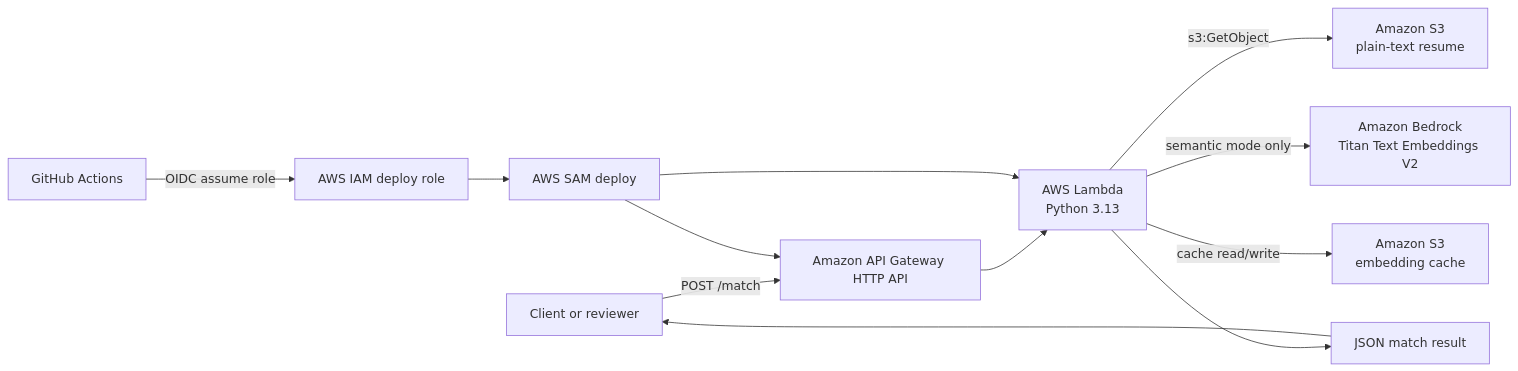
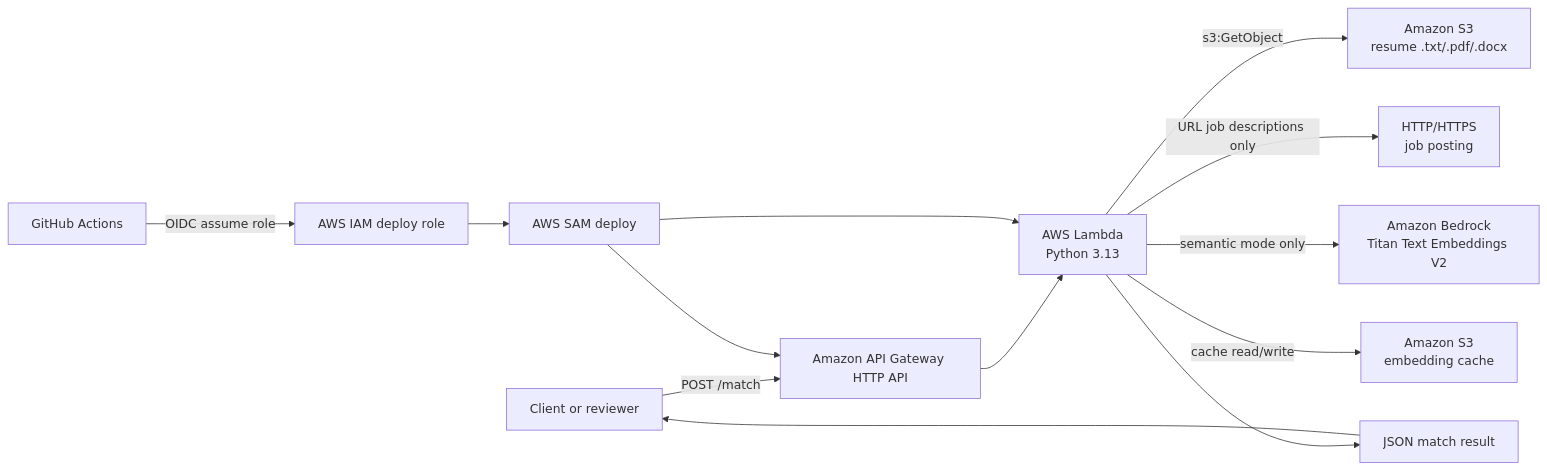
One commit to jon-innnput/aws-resume-matcher changed the diagram in README.md. Above: the diagram before and after it, drawn with Mermaid. The commit also changed other lines of this file and 6 other files, not shown here.

Commit message:
Add resume and job description intake support

````diff
--- a/README.md
+++ b/README.md
@@ -17,15 +17,16 @@
 ```mermaid
 flowchart LR
     User["Client or reviewer"] -->|"POST /match"| Api["Amazon API Gateway HTTP API"]
     Api --> Lambda["AWS Lambda<br/>Python 3.13"]
-    Lambda -->|"s3:GetObject"| S3["Amazon S3<br/>plain-text resume"]
+    Lambda -->|"s3:GetObject"| S3["Amazon S3<br/>resume .txt/.pdf/.docx"]
+    Lambda -->|"URL job descriptions only"| Url["HTTP/HTTPS<br/>job posting"]
     Lambda -->|"semantic mode only"| Bedrock["Amazon Bedrock<br/>Titan Text Embeddings V2"]
     Lambda -->|"cache read/write"| Cache["Amazon S3<br/>embedding cache"]
     Lambda --> Response["JSON match result"]
     Response --> User
 
     GitHub["GitHub Actions"] -->|"OIDC assume role"| IAM["AWS IAM deploy role"]
     IAM --> SAM["AWS SAM deploy"]
     SAM --> Api
     SAM --> Lambda
 ```
````
